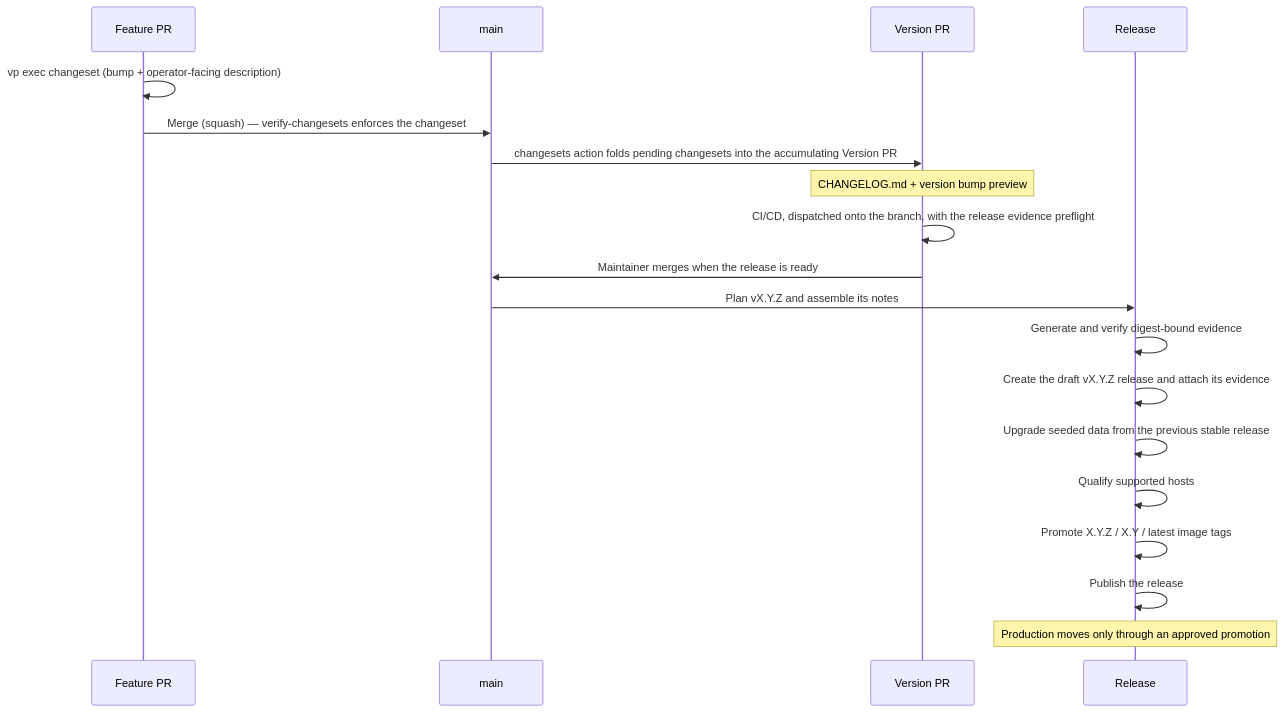
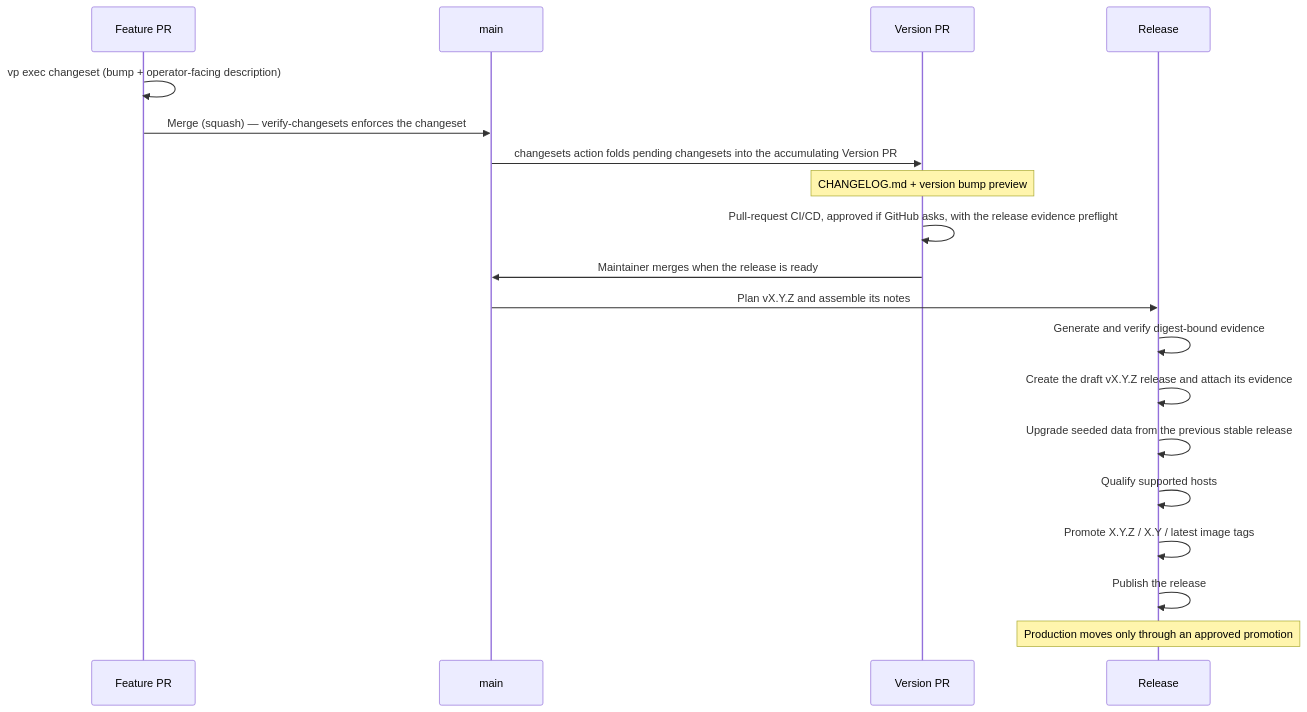
The diagram in docs/contributor/release-management.mdx (hephaestus-build/Hephaestus), drawn with Mermaid before and after one commit. The commit also changed other lines of this file and 8 other files, not shown here.

````diff
--- a/docs/contributor/release-management.mdx
+++ b/docs/contributor/release-management.mdx
@@ -20,24 +20,24 @@
 ```mermaid
 sequenceDiagram
     accTitle: Changesets release workflow
     accDescr: Feature pull requests add changesets, the version pull request consumes them, and merging the version pull request publishes the release.
     participant PR as Feature PR
     participant M as main
     participant VP as Version PR
     participant R as Release
 
     PR->>PR: vp exec changeset (bump + operator-facing description)
     PR->>M: Merge (squash) — verify-changesets enforces the changeset
     M->>VP: changesets action folds pending changesets into the accumulating Version PR
     Note over VP: CHANGELOG.md + version bump preview
-    VP->>VP: CI/CD, dispatched onto the branch, with the release evidence preflight
+    VP->>VP: Pull-request CI/CD, approved if GitHub asks, with the release evidence preflight
     VP->>M: Maintainer merges when the release is ready
     M->>R: Plan vX.Y.Z and assemble its notes
     R->>R: Generate and verify digest-bound evidence
     R->>R: Create the draft vX.Y.Z release and attach its evidence
     R->>R: Upgrade seeded data from the previous stable release
     R->>R: Qualify supported hosts
     R->>R: Promote X.Y.Z / X.Y / latest image tags
     R->>R: Publish the release
     Note over R: Production moves only through an approved promotion
 ```
````
